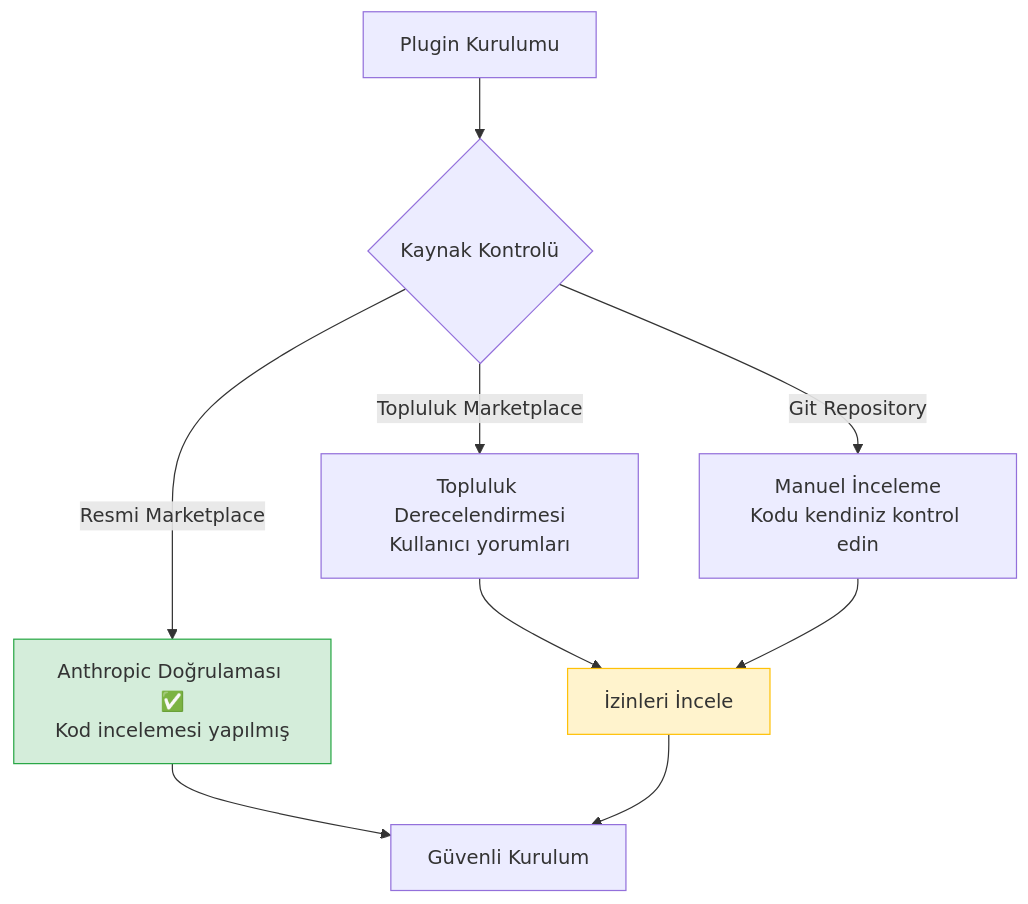
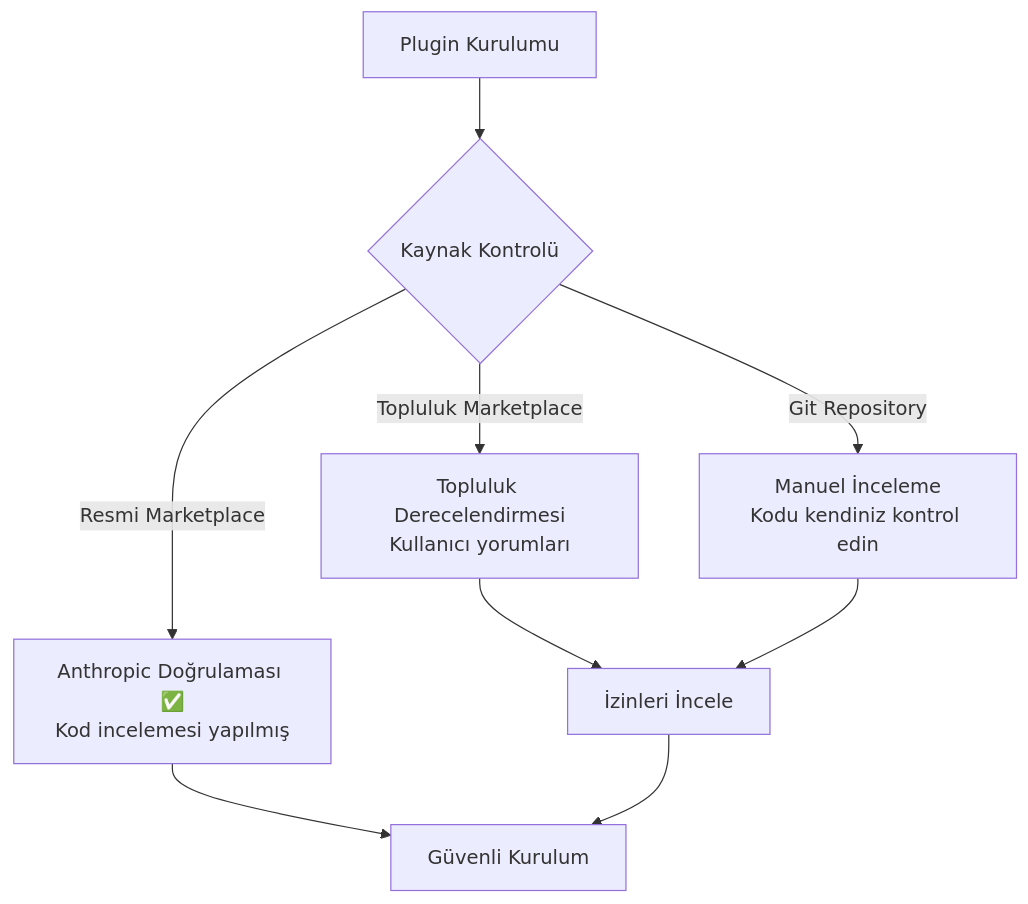
Before and after one commit to IzzetYasinAtes/ClaudeCodeHandbook: the fourth of 4 diagrams in 12-skills-ve-pluginler/04-plugin-marketplace.md, drawn with Mermaid. The commit also changed other lines of this file and 97 other files, not shown here.

Commit message:
Remove all custom Mermaid style/fill colors from 98 markdown files for consistent dark theme rendering

````diff
--- a/12-skills-ve-pluginler/04-plugin-marketplace.md
+++ b/12-skills-ve-pluginler/04-plugin-marketplace.md
@@ -328,17 +320,15 @@
 ```mermaid
 flowchart TD
     INSTALL["Plugin Kurulumu"] --> CHECK{"Kaynak Kontrolü"}
 
     CHECK -->|"Resmi Marketplace"| VERIFIED["Anthropic Doğrulaması ✅<br/>Kod incelemesi yapılmış"]
     CHECK -->|"Topluluk Marketplace"| COMMUNITY["Topluluk Derecelendirmesi<br/>Kullanıcı yorumları"]
     CHECK -->|"Git Repository"| MANUAL["Manuel İnceleme<br/>Kodu kendiniz kontrol edin"]
 
     VERIFIED --> SAFE["Güvenli Kurulum"]
     COMMUNITY --> REVIEW["İzinleri İncele"]
     MANUAL --> REVIEW
 
     REVIEW --> SAFE
 
-    style VERIFIED fill:#d4edda,stroke:#28a745
-    style REVIEW fill:#fff3cd,stroke:#ffc107
 ```
````
